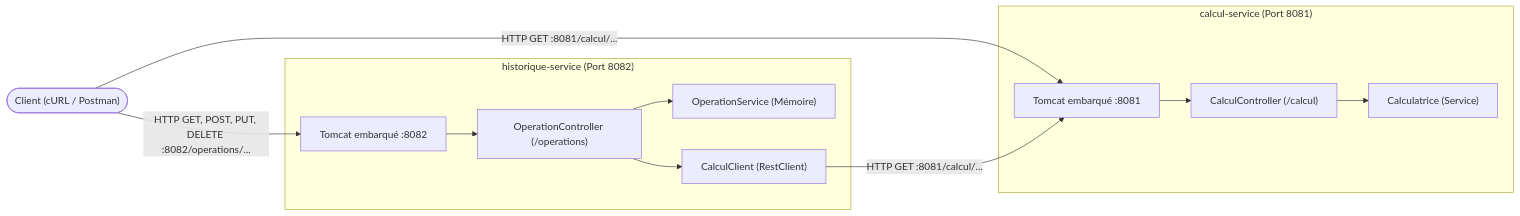
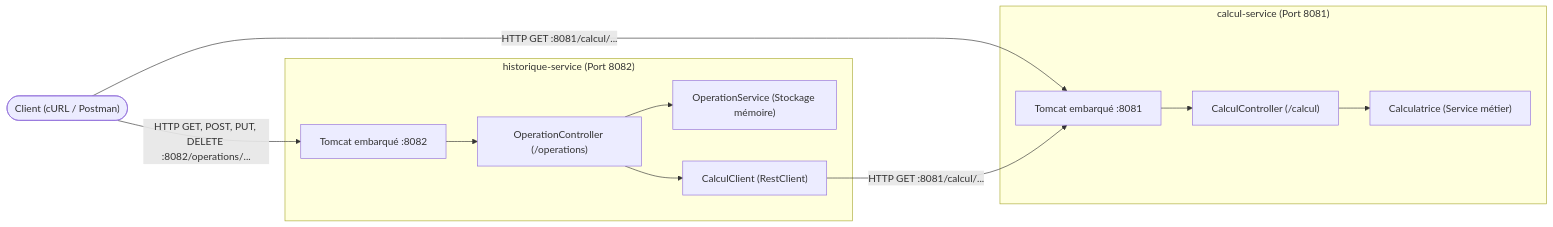
Before and after one commit to YESSINGUETAT/tp3: the diagram in README.md, drawn with Mermaid. The commit also changed other lines of this file and 17 other files, not shown here.

````diff
--- a/README.md
+++ b/README.md
@@ -48,25 +26,25 @@
 ```mermaid
 flowchart LR
     Client(["Client (cURL / Postman)"])
     
     subgraph S1 ["calcul-service (Port 8081)"]
         Tomcat1["Tomcat embarqué :8081"]
         CC["CalculController (/calcul)"]
-        Calc["Calculatrice (Service)"]
+        Calc["Calculatrice (Service métier)"]
         Tomcat1 --> CC --> Calc
     end
 
     subgraph S2 ["historique-service (Port 8082)"]
         Tomcat2["Tomcat embarqué :8082"]
         OC["OperationController (/operations)"]
-        OS["OperationService (Mémoire)"]
+        OS["OperationService (Stockage mémoire)"]
         ClientHTTP["CalculClient (RestClient)"]
         Tomcat2 --> OC
         OC --> OS
         OC --> ClientHTTP
     end
 
     Client -->|HTTP GET :8081/calcul/...| Tomcat1
     Client -->|HTTP GET, POST, PUT, DELETE :8082/operations/...| Tomcat2
     ClientHTTP -->|HTTP GET :8081/calcul/...| Tomcat1
 ```
````
